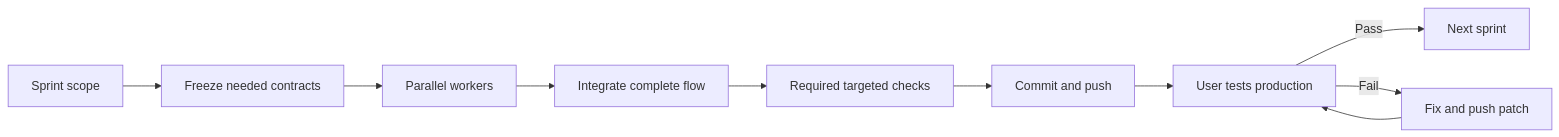
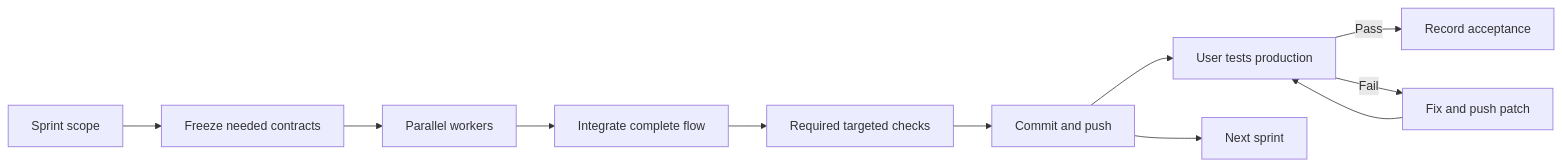
The diagram in docs/23-parallel-implementation-plan.md (joeldsouzax/vast-hackathon), drawn with Mermaid before and after one commit. The commit also changed other lines of this file and 17 other files, not shown here.

````diff
--- a/docs/23-parallel-implementation-plan.md
+++ b/docs/23-parallel-implementation-plan.md
@@ -39,12 +39,13 @@
 ```mermaid
 flowchart LR
   Scope[Sprint scope] --> Seams[Freeze needed contracts]
   Seams --> Workers[Parallel workers]
   Workers --> Merge[Integrate complete flow]
   Merge --> Checks[Required targeted checks]
   Checks --> Push[Commit and push]
   Push --> Prod[User tests production]
-  Prod -->|Pass| Next[Next sprint]
+  Push --> Next[Next sprint]
+  Prod -->|Pass| Accepted[Record acceptance]
   Prod -->|Fail| Fix[Fix and push patch]
   Fix --> Prod
 ```
````
